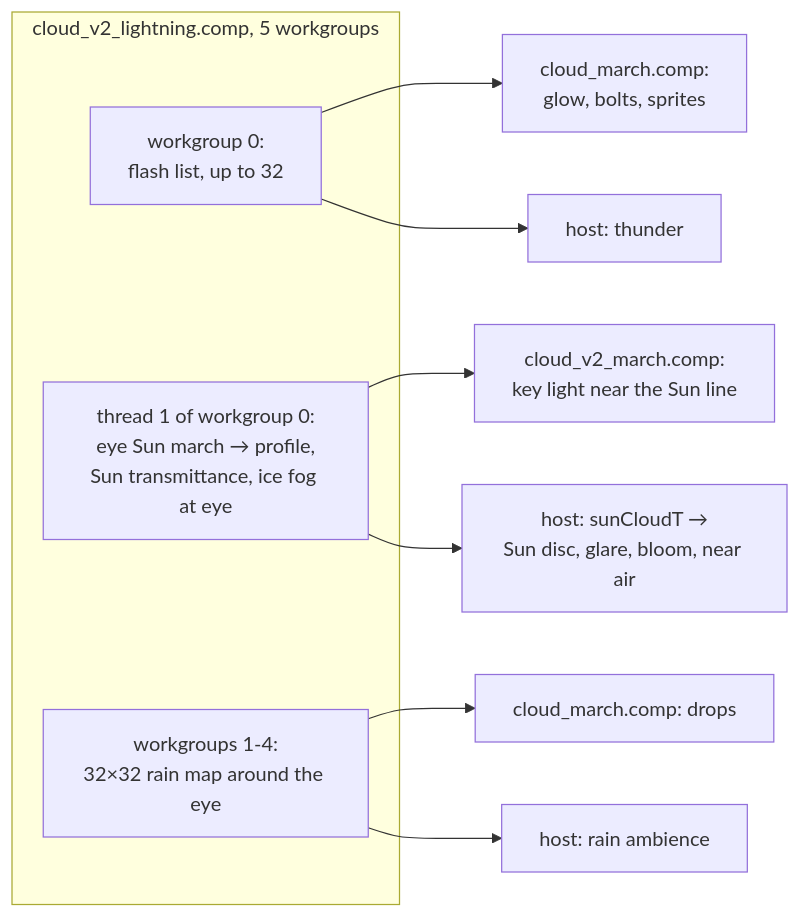
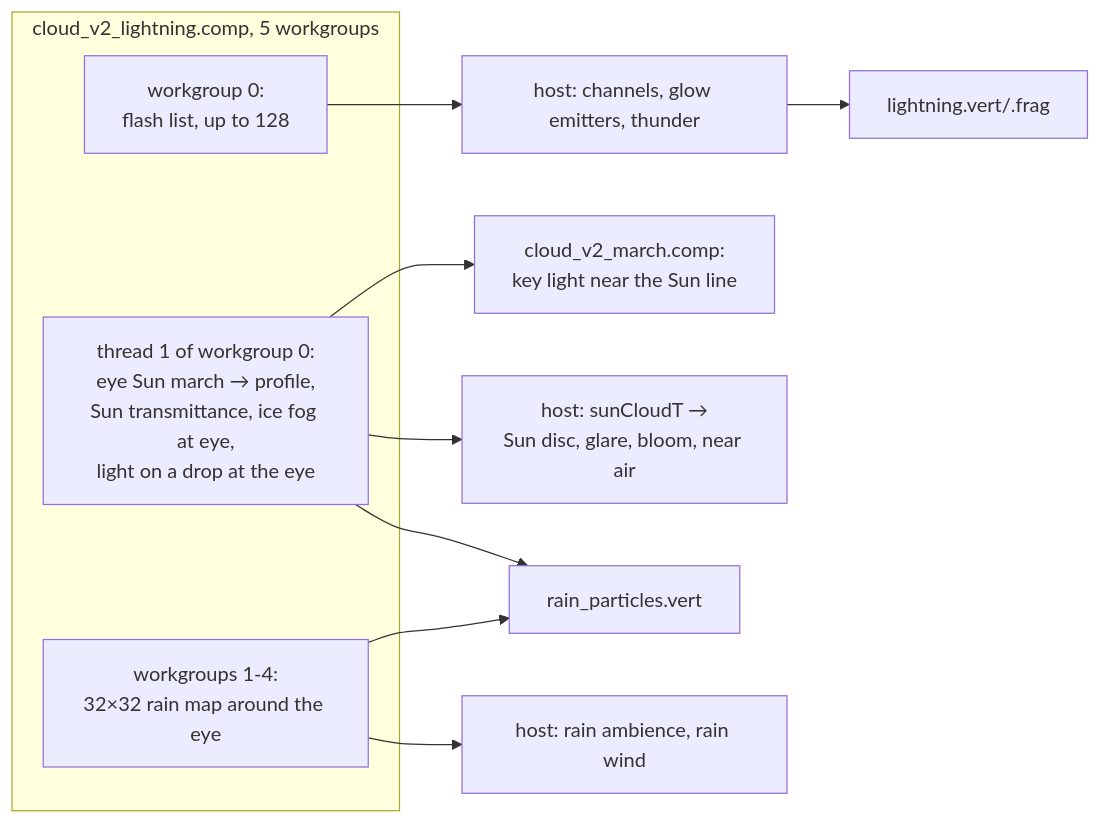
One commit to largepizza/SAT_LIGHT_SIM changed the first of 2 diagrams in wiki/rendering/clouds/weather.md. Above: the diagram before and after it, drawn with Mermaid. The commit also changed other lines of this file and 28 other files, not shown here.

First line of the commit message:
Wiki pass: aurora space weather, UI review and bookmarks, rain particles, lightning v2, render scale and temporal upscaling, Starmind shells

````diff
--- a/wiki/rendering/clouds/weather.md
+++ b/wiki/rendering/clouds/weather.md
@@ -12,14 +12,15 @@
 ```mermaid
 flowchart LR
   subgraph LP[cloud_v2_lightning.comp, 5 workgroups]
-    W0[workgroup 0:<br/>flash list, up to 32]
-    T1[thread 1 of workgroup 0:<br/>eye Sun march → profile,<br/>Sun transmittance, ice fog at eye]
+    W0[workgroup 0:<br/>flash list, up to 128]
+    T1[thread 1 of workgroup 0:<br/>eye Sun march → profile,<br/>Sun transmittance, ice fog at eye,<br/>light on a drop at the eye]
     W14[workgroups 1-4:<br/>32×32 rain map around the eye]
   end
-  W0 --> CM[cloud_march.comp:<br/>glow, bolts, sprites]
-  W0 --> TH[host: thunder]
+  W0 --> HB[host: channels, glow emitters, thunder]
+  HB --> LD[lightning.vert/.frag]
   T1 --> MA[cloud_v2_march.comp:<br/>key light near the Sun line]
   T1 --> SC[host: sunCloudT →<br/>Sun disc, glare, bloom, near air]
-  W14 --> DR[cloud_march.comp: drops]
-  W14 --> RA[host: rain ambience]
+  T1 --> DR[rain_particles.vert]
+  W14 --> DR
+  W14 --> RA[host: rain ambience, rain wind]
 ```
````
